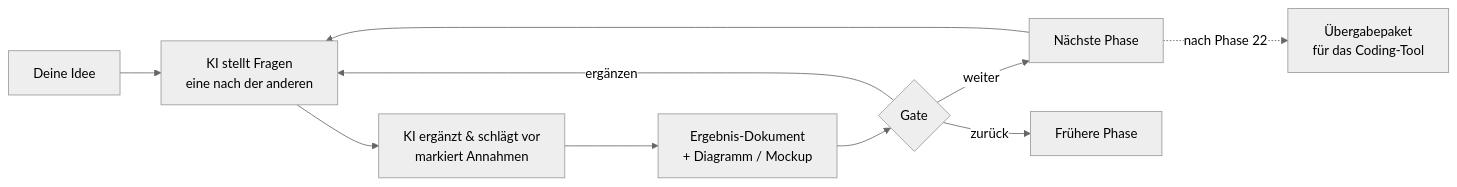
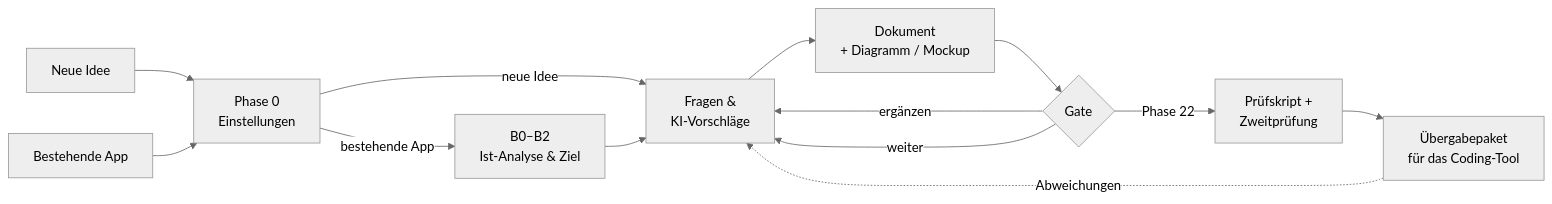
The diagram in README.md (rinats-png/idea-to-app), drawn with Mermaid (neutral theme) before and after one commit. The commit also changed other lines of this file and 52 other files, not shown here.

First line of the commit message:
idea-to-app 1.1: bestehende Apps, adaptiver Modus, Prüfskript, Nachweise

````diff
--- a/README.md
+++ b/README.md
@@ -15,12 +15,15 @@
 ```mermaid
 flowchart LR
-    I[Deine Idee] --> Q[KI stellt Fragen<br/>eine nach der anderen]
-    Q --> E[KI ergänzt & schlägt vor<br/>markiert Annahmen]
-    E --> D[Ergebnis-Dokument<br/>+ Diagramm / Mockup]
+    I[Neue Idee] --> P0[Phase 0<br/>Einstellungen]
+    B[Bestehende App] --> P0
+    P0 -- neue Idee --> Q
+    P0 -- bestehende App --> IA[B0–B2<br/>Ist-Analyse & Ziel]
+    IA --> Q[Fragen &<br/>KI-Vorschläge]
+    Q --> D[Dokument<br/>+ Diagramm / Mockup]
     D --> G{Gate}
     G -- ergänzen --> Q
-    G -- weiter --> N[Nächste Phase]
-    G -- zurück --> P[Frühere Phase]
-    N --> Q
-    N -. nach Phase 22 .-> H[Übergabepaket<br/>für das Coding-Tool]
+    G -- weiter --> Q
+    G -- Phase 22 --> CHK[Prüfskript +<br/>Zweitprüfung]
+    CHK --> H[Übergabepaket<br/>für das Coding-Tool]
+    H -. Abweichungen .-> Q
 ```
````
